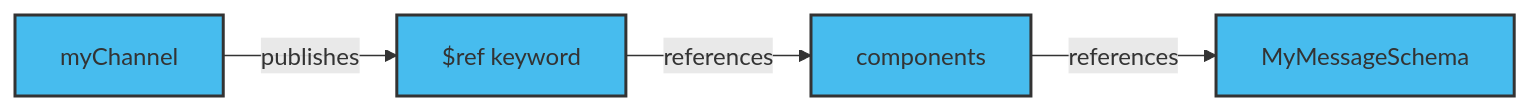
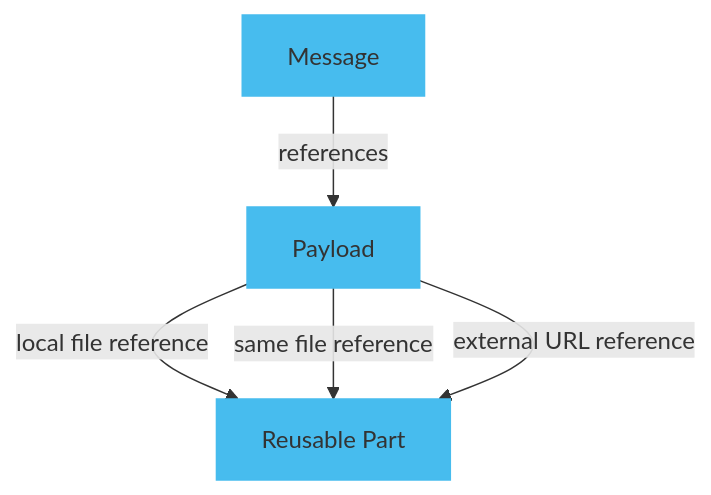
One commit to asyncapi/website changed the diagram in pages/docs/concepts/asyncapi document/resuable-parts.md. Above: the diagram before and after it, drawn with Mermaid. The commit also changed other lines of this file, not shown here.

````diff
--- a/pages/docs/concepts/asyncapi document/resuable-parts.md
+++ b/pages/docs/concepts/asyncapi document/resuable-parts.md
@@ -14,16 +10,17 @@
 ```mermaid
-graph LR
-style A fill:#47BCEE, stroke:#333, stroke-width:2px;
-style C fill:#47BCEE, stroke:#333, stroke-width:2px;
-style D fill:#47BCEE, stroke:#333, stroke-width:2px;
-style B fill:#47BCEE, stroke:#333, stroke-width:2px;
+graph TD
 
-A[MyMessageSchema]
-B[components]
-C[myChannel]
-D[$ref keyword]
+    A[Message]
+    B[Payload]
+    C[Reusable Part]
 
-C -->|publishes| D
-D -->|references| B
-B -->|references| A
+style A fill:#47BCEE,stroke:#47BCEE;
+style B fill:#47BCEE,stroke:#47BCEE;
+style C fill:#47BCEE,stroke:#47BCEE;
+
+  A -->|references| B
+  B -->|local file reference| C
+  B -->|same file reference| C
+  B -->|external URL reference| C
+
 ```
````
